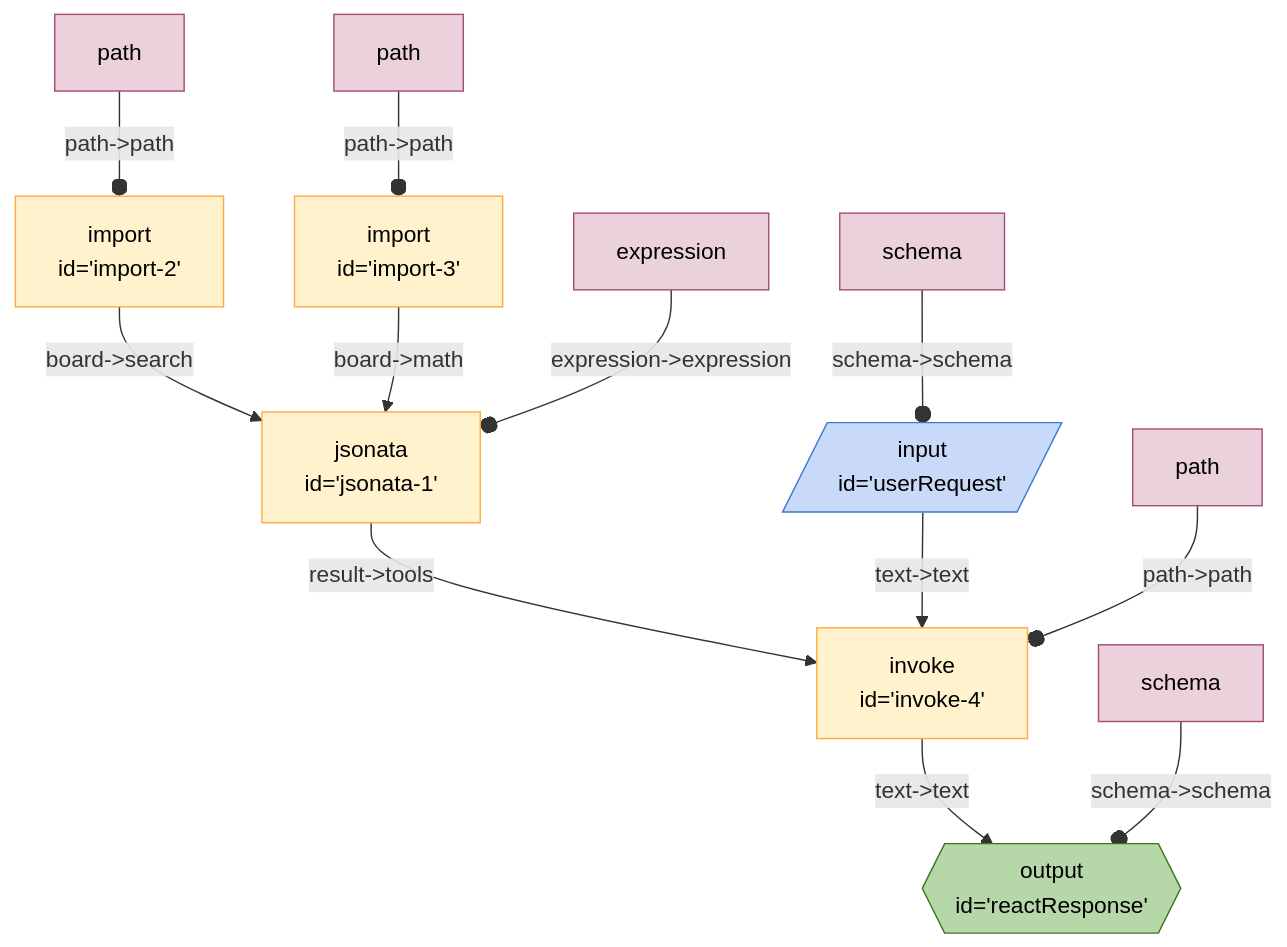
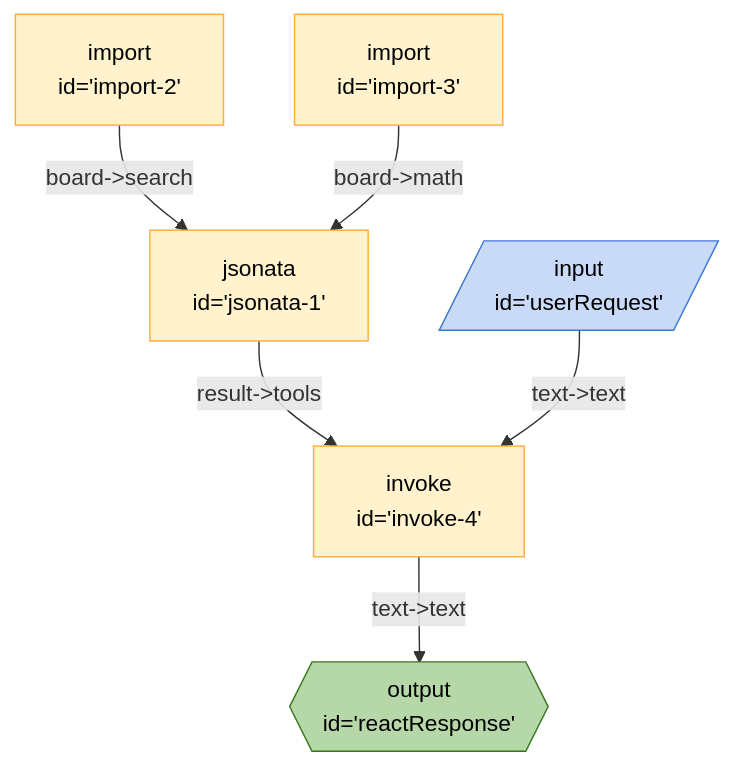
Before and after one commit to breadboard-ai/breadboard: the diagram in seeds/graph-playground/docs/graphs/call-react-with-lambdas.md, drawn with Mermaid. The commit also changed 30 other files, not shown here.

````diff
--- a/seeds/graph-playground/docs/graphs/call-react-with-lambdas.md
+++ b/seeds/graph-playground/docs/graphs/call-react-with-lambdas.md
@@ -5,23 +5,17 @@
   ```mermaid
   %%{init: 'themeVariables': { 'fontFamily': 'Fira Code, monospace' }}%%
 graph TD;
 import2["import <br> id='import-2'"] -- "board->search" --> jsonata1["jsonata <br> id='jsonata-1'"]
 import3["import <br> id='import-3'"] -- "board->math" --> jsonata1["jsonata <br> id='jsonata-1'"]
 jsonata1["jsonata <br> id='jsonata-1'"] -- "result->tools" --> invoke4["invoke <br> id='invoke-4'"]
 invoke4["invoke <br> id='invoke-4'"] -- "text->text" --> reactResponse{{"output <br> id='reactResponse'"}}:::output
 userRequest[/"input <br> id='userRequest'"/]:::input -- "text->text" --> invoke4["invoke <br> id='invoke-4'"]
-expressionjsonata1[expression]:::config -- "expression->expression" --o jsonata1
-pathimport2[path]:::config -- "path->path" --o import2
-pathimport3[path]:::config -- "path->path" --o import3
-schemauserRequest[schema]:::config -- "schema->schema" --o userRequest
-pathinvoke4[path]:::config -- "path->path" --o invoke4
-schemareactResponse[schema]:::config -- "schema->schema" --o reactResponse
 classDef default stroke:#ffab40,fill:#fff2ccff,color:#000
 classDef input stroke:#3c78d8,fill:#c9daf8ff,color:#000
 classDef output stroke:#38761d,fill:#b6d7a8ff,color:#000
 classDef passthrough stroke:#a64d79,fill:#ead1dcff,color:#000
 classDef slot stroke:#a64d79,fill:#ead1dcff,color:#000
 classDef config stroke:#a64d79,fill:#ead1dcff,color:#000
 classDef secrets stroke:#db4437,fill:#f4cccc,color:#000
 classDef slotted stroke:#a64d79
   ```
````
